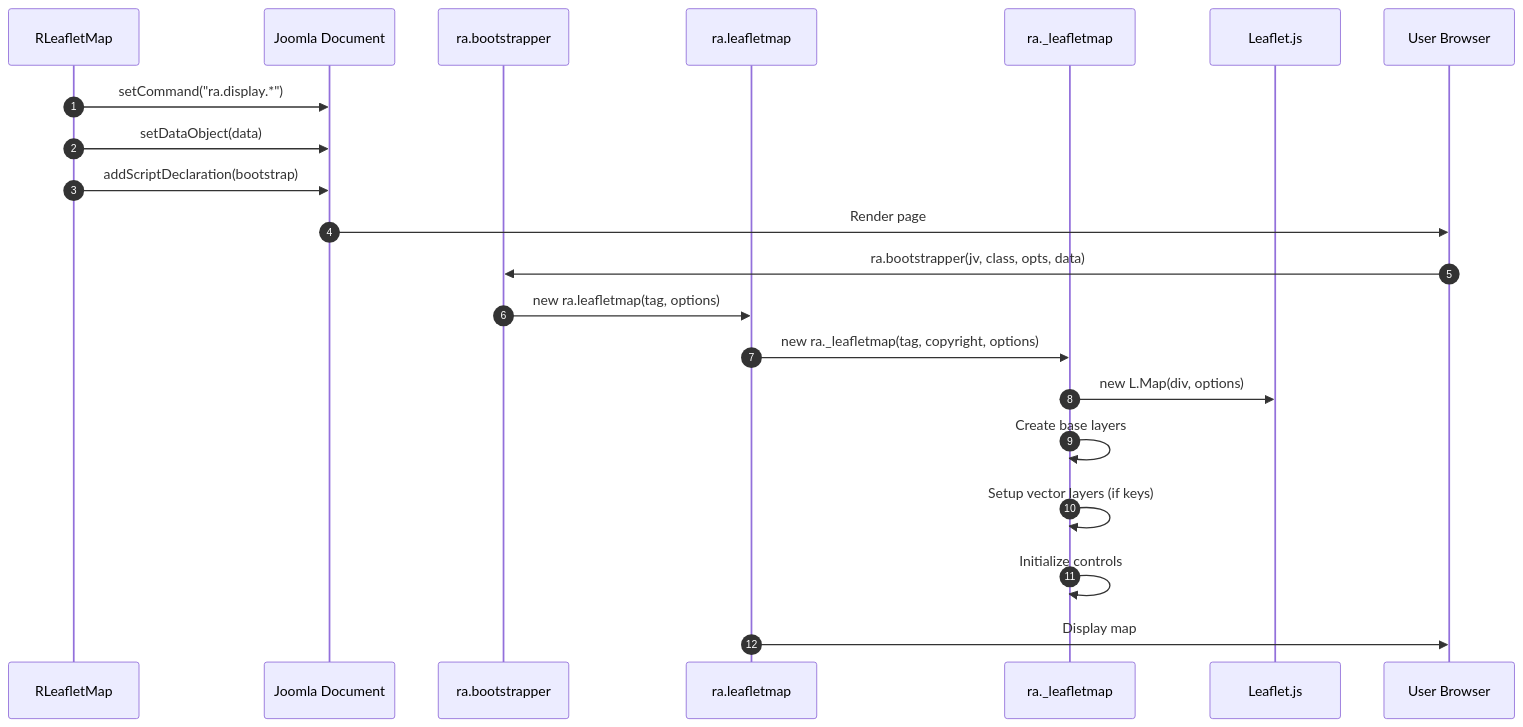
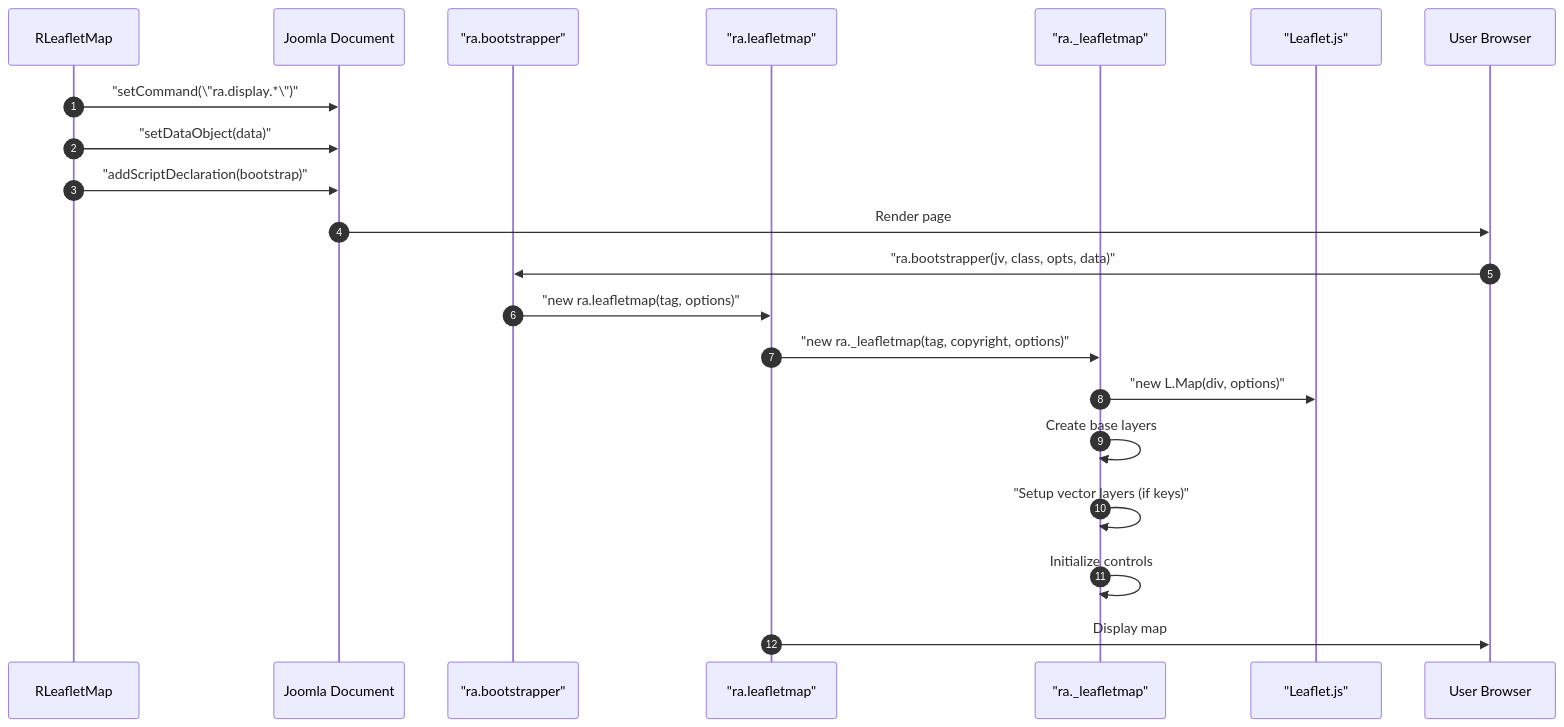
Before and after one commit to pauljrhodes/ramblers-library: the second of 5 diagrams in media/leaflet/HLD.md, drawn with Mermaid. The commit also changed other lines of this file and 33 other files, not shown here.

Commit message:
Normalize Mermaid diagrams for GitHub rendering

````diff
--- a/media/leaflet/HLD.md
+++ b/media/leaflet/HLD.md
@@ -276,24 +276,24 @@
 ```mermaid
 sequenceDiagram
     autonumber
     participant PHP as RLeafletMap
     participant Doc as Joomla Document
-    participant Bootstrap as ra.bootstrapper
-    participant LeafletMap as ra.leafletmap
-    participant InternalMap as ra._leafletmap
-    participant LeafletJS as Leaflet.js
+    participant Bootstrap as "ra.bootstrapper"
+    participant LeafletMap as "ra.leafletmap"
+    participant InternalMap as "ra._leafletmap"
+    participant LeafletJS as "Leaflet.js"
     participant User as User Browser
 
-    PHP->>Doc: setCommand("ra.display.*")
-    PHP->>Doc: setDataObject(data)
-    PHP->>Doc: addScriptDeclaration(bootstrap)
+    PHP->>Doc: "setCommand(\"ra.display.*\")"
+    PHP->>Doc: "setDataObject(data)"
+    PHP->>Doc: "addScriptDeclaration(bootstrap)"
     Doc->>User: Render page
-    User->>Bootstrap: ra.bootstrapper(jv, class, opts, data)
-    Bootstrap->>LeafletMap: new ra.leafletmap(tag, options)
-    LeafletMap->>InternalMap: new ra._leafletmap(tag, copyright, options)
-    InternalMap->>LeafletJS: new L.Map(div, options)
+    User->>Bootstrap: "ra.bootstrapper(jv, class, opts, data)"
+    Bootstrap->>LeafletMap: "new ra.leafletmap(tag, options)"
+    LeafletMap->>InternalMap: "new ra._leafletmap(tag, copyright, options)"
+    InternalMap->>LeafletJS: "new L.Map(div, options)"
     InternalMap->>InternalMap: Create base layers
-    InternalMap->>InternalMap: Setup vector layers (if keys)
+    InternalMap->>InternalMap: "Setup vector layers (if keys)"
     InternalMap->>InternalMap: Initialize controls
     LeafletMap->>User: Display map
 ```
````
